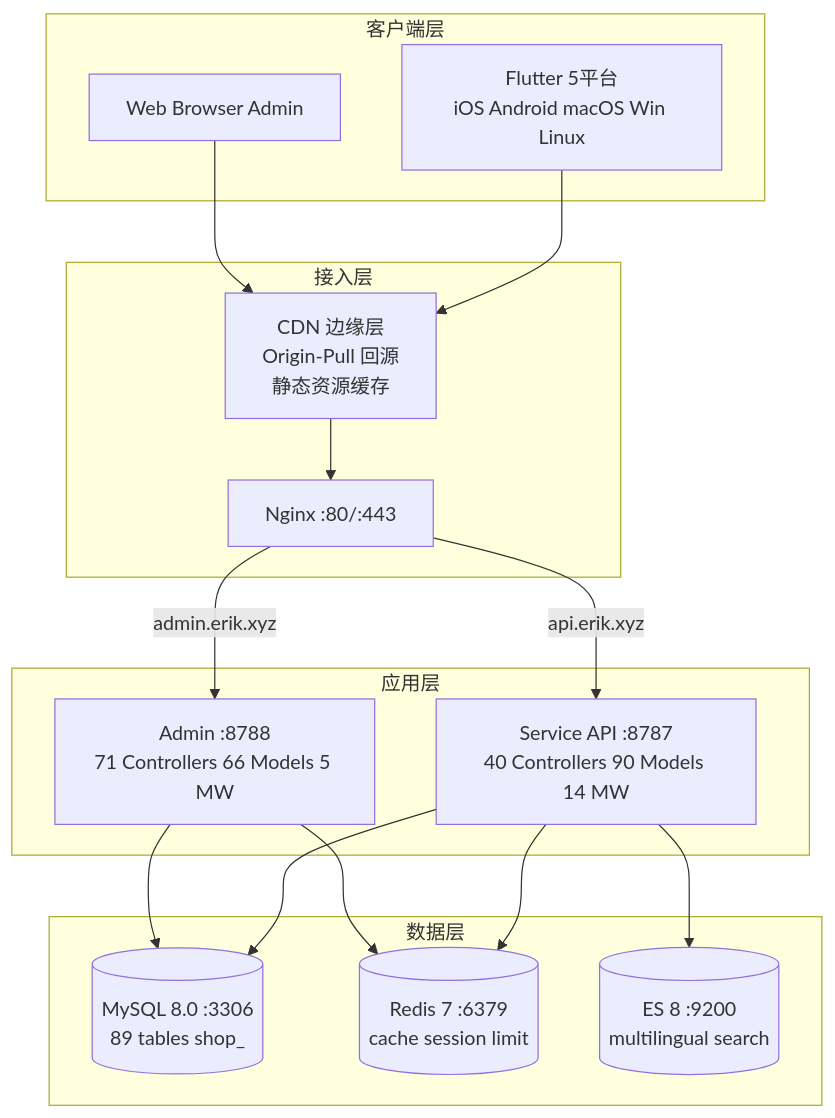
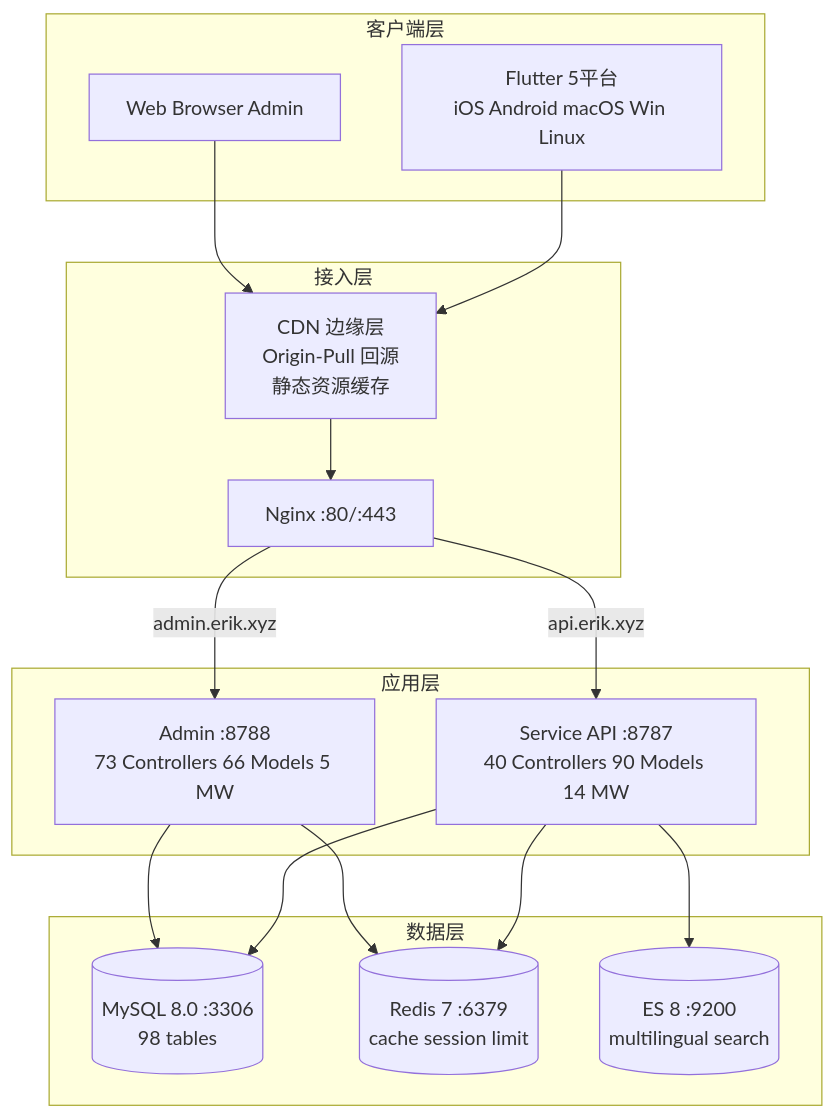
One commit to erikwang2013/erik-shop changed the first of 6 diagrams in docs/architecture-full.md. Above: the diagram before and after it, drawn with Mermaid. The commit also changed other lines of this file and 14 other files, not shown here.

````diff
--- a/docs/architecture-full.md
+++ b/docs/architecture-full.md
@@ -37,29 +37,29 @@
 ```mermaid
 graph TD
     subgraph Clients[客户端层]
         F[Flutter 5平台<br/>iOS Android macOS Win Linux]
         W[Web Browser Admin]
     end
     subgraph Gateway[接入层]
         C[CDN 边缘层<br/>Origin-Pull 回源<br/>静态资源缓存]
         N[Nginx :80/:443]
     end
     subgraph Apps[应用层]
         S[Service API :8787<br/>40 Controllers 90 Models 14 MW]
-        A[Admin :8788<br/>71 Controllers 66 Models 5 MW]
+        A[Admin :8788<br/>73 Controllers 66 Models 5 MW]
     end
     subgraph Data[数据层]
-        M[(MySQL 8.0 :3306<br/>89 tables shop_)]
+        M[(MySQL 8.0 :3306<br/>98 tables)]
         R[(Redis 7 :6379<br/>cache session limit)]
         E[(ES 8 :9200<br/>multilingual search)]
     end
     F & W --> C
     C --> N
     N -->|api.erik.xyz| S
     N -->|admin.erik.xyz| A
     S --> M
     S --> R
     S --> E
     A --> M
     A --> R
 ```
````
